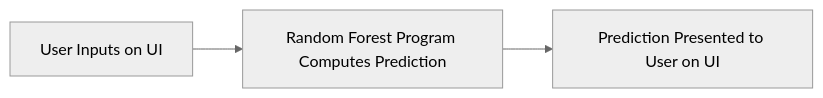
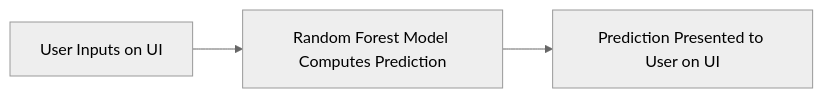
Before and after one commit to methusha/Heart-Disease_Prediction: the diagram in README.md, drawn with Mermaid (neutral theme).

````diff
--- a/README.md
+++ b/README.md
@@ -19,4 +19,4 @@
 ```mermaid
 flowchart LR
-    A["User Inputs on UI"] --> B["Random Forest Program Computes Prediction"] --> C["Prediction Presented to User on UI"]
+    A["User Inputs on UI"] --> B["Random Forest Model Computes Prediction"] --> C["Prediction Presented to User on UI"]
 ```
````
